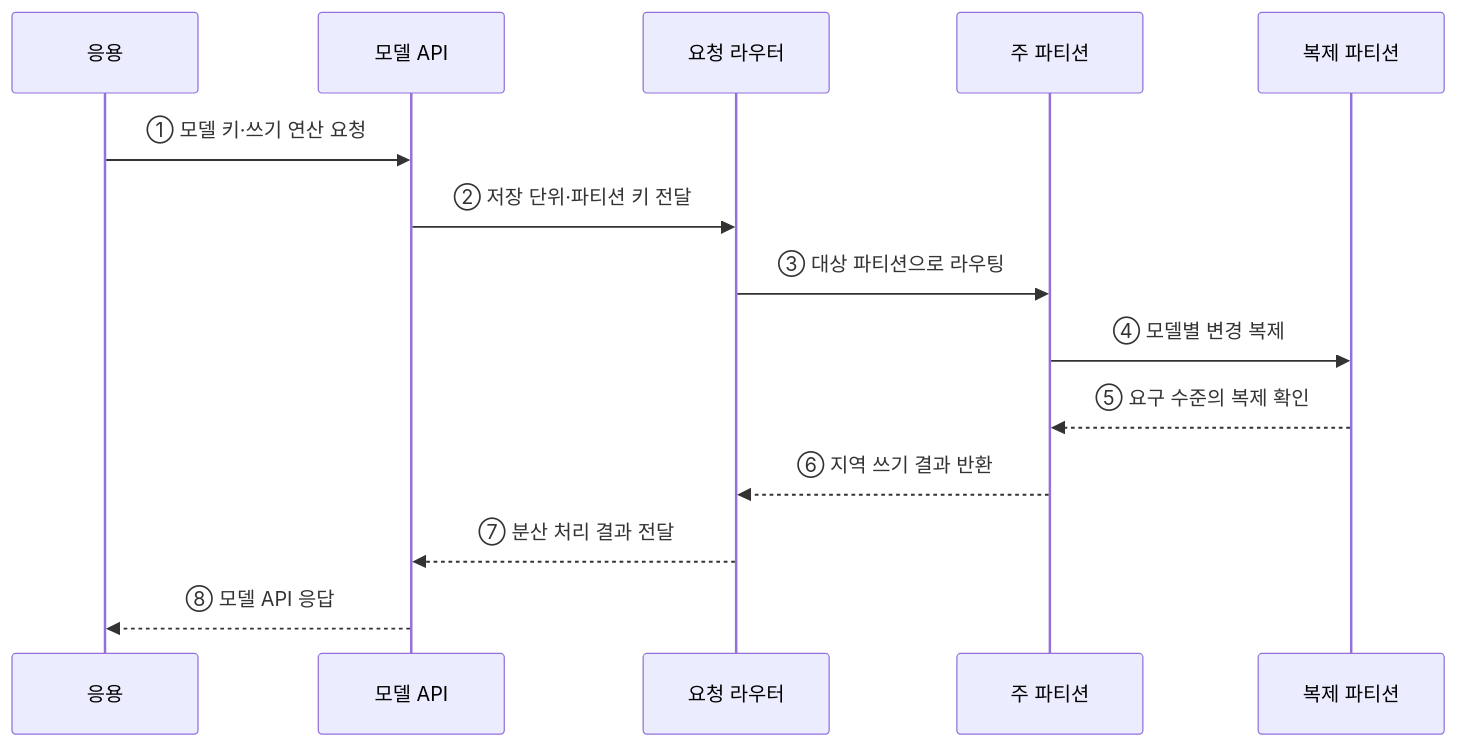
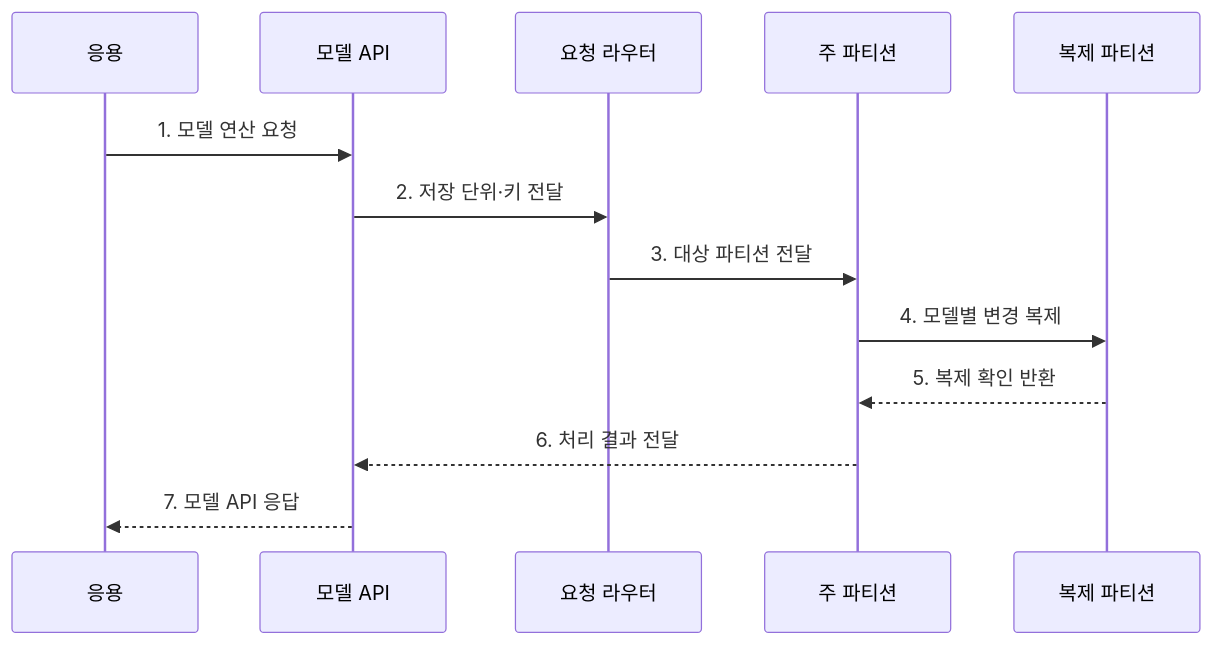
One commit to agnusdei1207/knowledge-base changed the second of 2 diagrams in src/content/docs/notes/03-software/102_nosql_types.md. Above: the diagram before and after it, drawn with Mermaid. The commit also changed other lines of this file and 20 other files, not shown here.

````diff
--- a/src/content/docs/notes/03-software/102_nosql_types.md
+++ b/src/content/docs/notes/03-software/102_nosql_types.md
@@ -71,16 +80,15 @@
 ```mermaid
 sequenceDiagram
     participant A as 응용
     participant D as 모델 API
     participant R as 요청 라우터
     participant P as 주 파티션
     participant S as 복제 파티션
-    A->>D: ① 모델 키·쓰기 연산 요청
-    D->>R: ② 저장 단위·파티션 키 전달
-    R->>P: ③ 대상 파티션으로 라우팅
-    P->>S: ④ 모델별 변경 복제
-    S-->>P: ⑤ 요구 수준의 복제 확인
-    P-->>R: ⑥ 지역 쓰기 결과 반환
-    R-->>D: ⑦ 분산 처리 결과 전달
-    D-->>A: ⑧ 모델 API 응답
+    A->>D: 1. 모델 연산 요청
+    D->>R: 2. 저장 단위·키 전달
+    R->>P: 3. 대상 파티션 전달
+    P->>S: 4. 모델별 변경 복제
+    S-->>P: 5. 복제 확인 반환
+    P-->>D: 6. 처리 결과 전달
+    D-->>A: 7. 모델 API 응답
 ```
````
